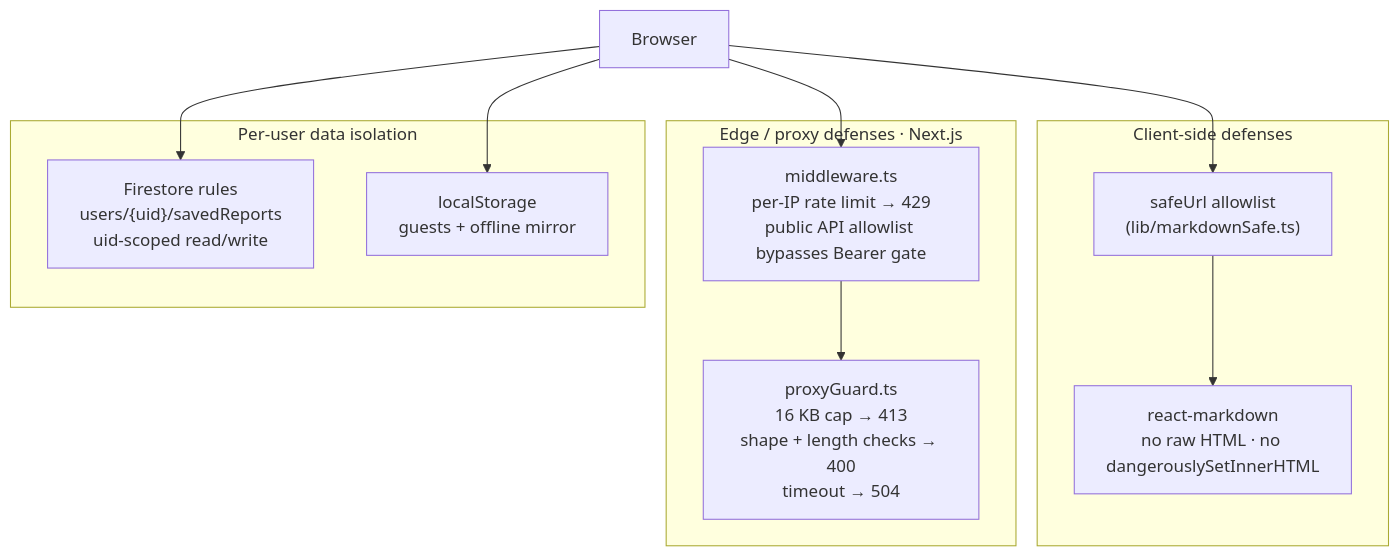
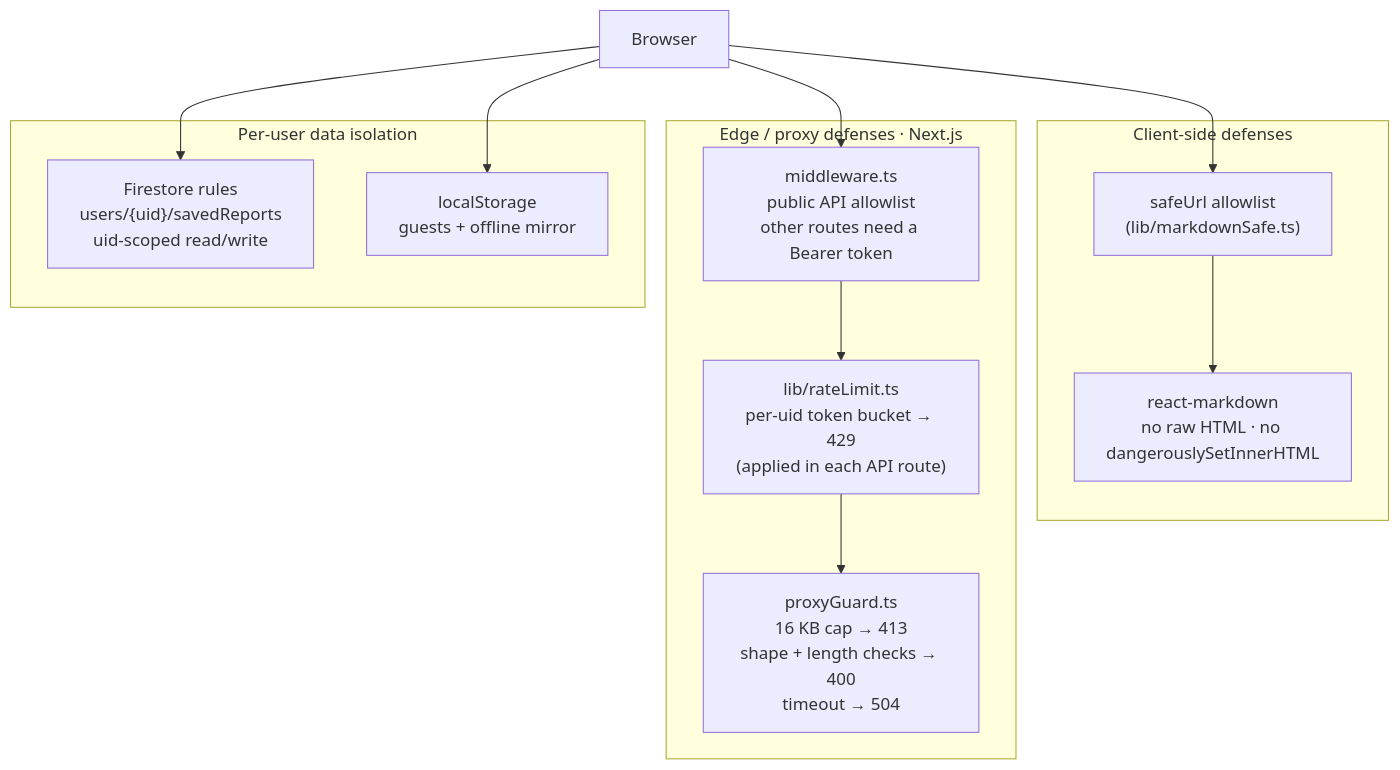
One commit to AidanColvin/map-elt-research-graph-3 changed diagram 13 of 16 in README.md. Above: the diagram before and after it, drawn with Mermaid. The commit also changed other lines of this file, not shown here.

````diff
--- a/README.md
+++ b/README.md
@@ -508,23 +516,24 @@
 ```mermaid
 flowchart TB
     U[Browser]
 
     subgraph CLIENT["Client-side defenses"]
         SU["safeUrl allowlist\n(lib/markdownSafe.ts)"]
         RM["react-markdown\nno raw HTML · no dangerouslySetInnerHTML"]
     end
 
     subgraph EDGE["Edge / proxy defenses  ·  Next.js"]
-        MW["middleware.ts\nper-IP rate limit → 429\npublic API allowlist bypasses Bearer gate"]
+        MW["middleware.ts\npublic API allowlist\nother routes need a Bearer token"]
+        RL["lib/rateLimit.ts\nper-uid token bucket → 429\n(applied in each API route)"]
         PG["proxyGuard.ts\n16 KB cap → 413\nshape + length checks → 400\ntimeout → 504"]
     end
 
     subgraph STORE["Per-user data isolation"]
         FS["Firestore rules\nusers/{uid}/savedReports\nuid-scoped read/write"]
         LS["localStorage\nguests + offline mirror"]
     end
 
     U --> SU --> RM
-    U --> MW --> PG
+    U --> MW --> RL --> PG
     U --> FS & LS
 ```
````
